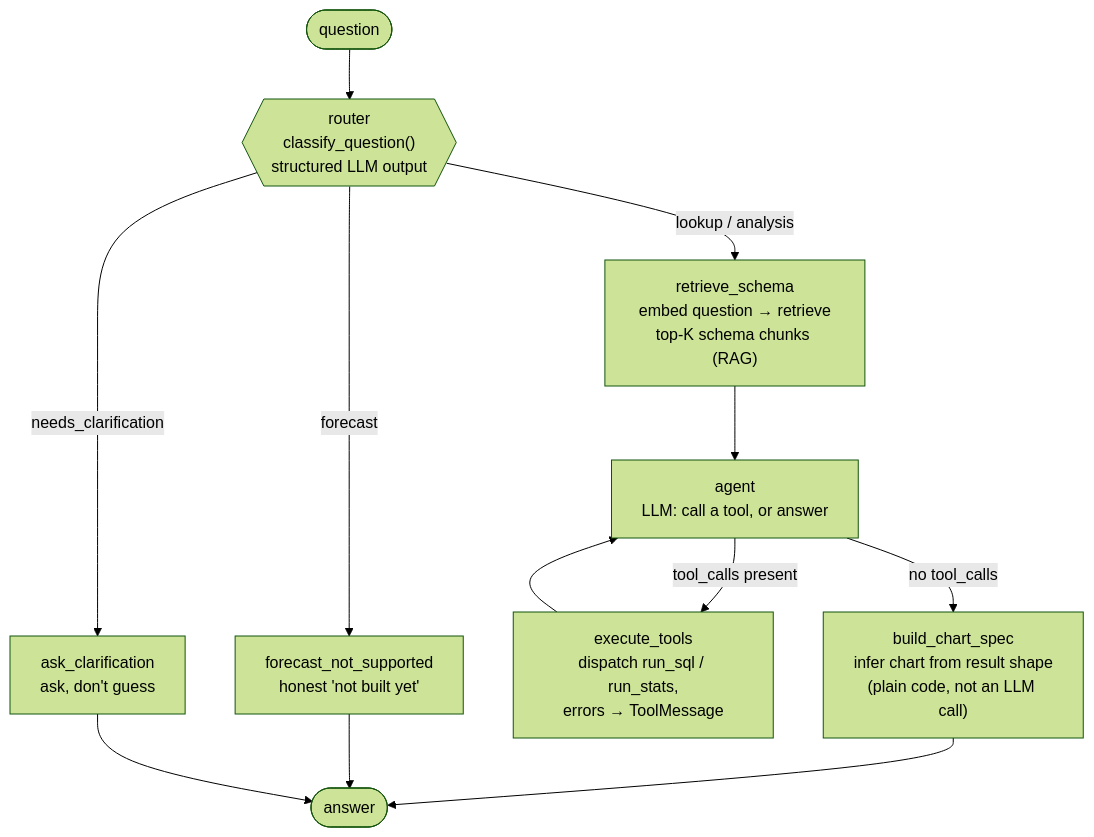
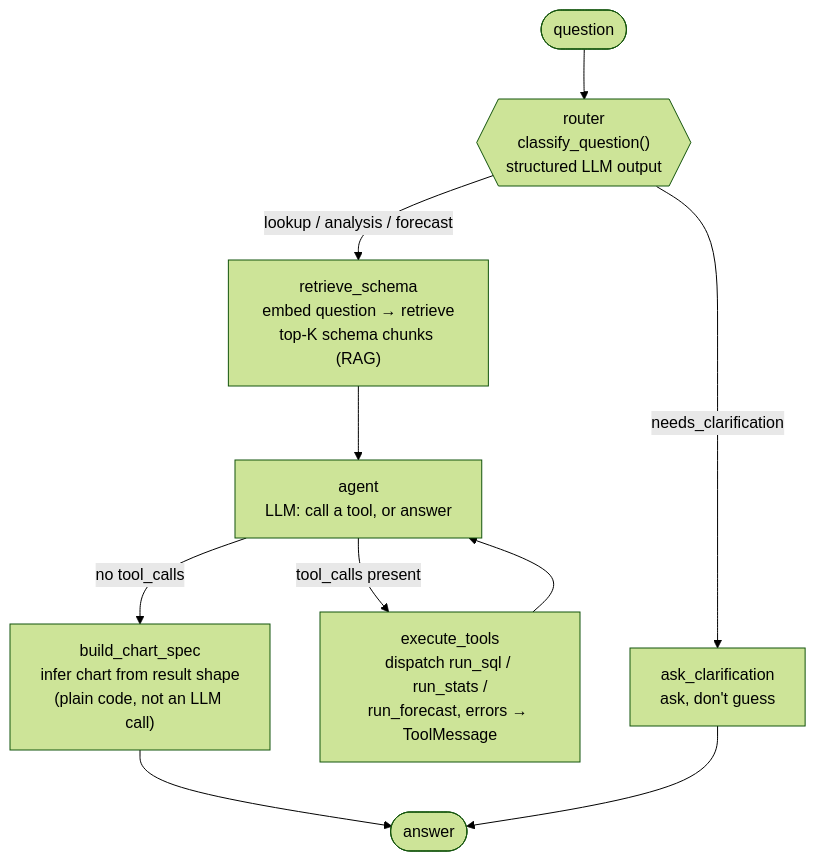
One commit to stefhooy/full_stack_project changed the second of 5 diagrams in ARCHITECTURE.md. Above: the diagram before and after it, drawn with Mermaid (forest theme). The commit also changed other lines of this file and 20 other files, not shown here.

````diff
--- a/ARCHITECTURE.md
+++ b/ARCHITECTURE.md
@@ -85,28 +96,25 @@
 ```mermaid
 flowchart TD
     START(["question"]) --> router
 
     router{{"router<br/>classify_question()<br/>structured LLM output"}}
-    router -->|"lookup / analysis"| retrieve_schema
-    router -->|"forecast"| forecast_not_supported
+    router -->|"lookup / analysis / forecast"| retrieve_schema
     router -->|"needs_clarification"| ask_clarification
 
     retrieve_schema["retrieve_schema<br/>embed question → retrieve<br/>top-K schema chunks (RAG)"]
     retrieve_schema --> agent
 
     agent["agent<br/>LLM: call a tool, or answer"]
     agent -->|"tool_calls present"| execute_tools
     agent -->|"no tool_calls"| build_chart_spec
 
-    execute_tools["execute_tools<br/>dispatch run_sql / run_stats,<br/>errors → ToolMessage"]
+    execute_tools["execute_tools<br/>dispatch run_sql / run_stats /<br/>run_forecast, errors → ToolMessage"]
     execute_tools --> agent
 
     build_chart_spec["build_chart_spec<br/>infer chart from result shape<br/>(plain code, not an LLM call)"]
 
-    forecast_not_supported["forecast_not_supported<br/>honest 'not built yet'"]
     ask_clarification["ask_clarification<br/>ask, don't guess"]
 
     build_chart_spec --> END(["answer"])
-    forecast_not_supported --> END
     ask_clarification --> END
 ```
````
